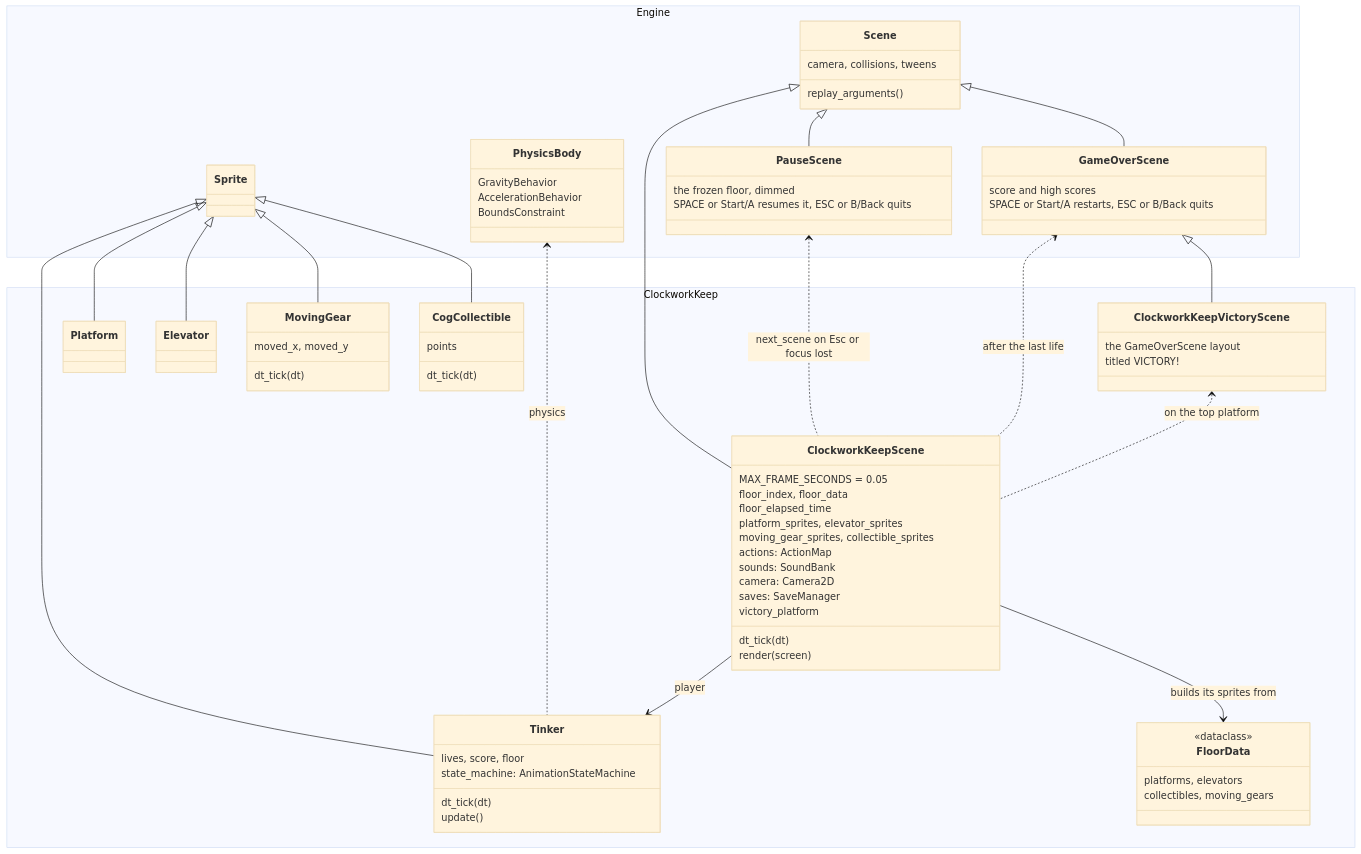
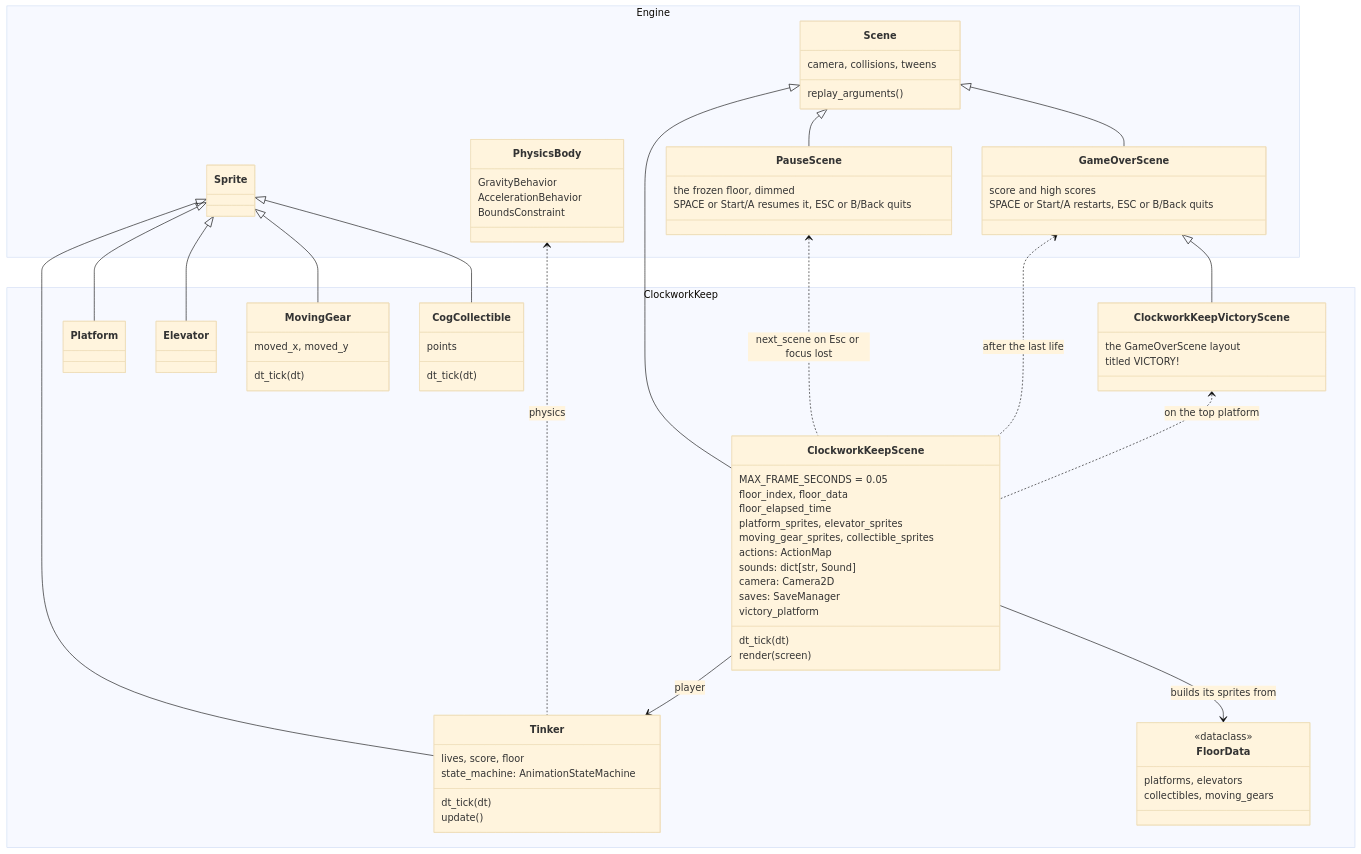
Before and after one commit to terrysimons/glitchygames: the second of 6 diagrams in docs/games/clockwork_keep.md, drawn with Mermaid (base theme). The commit also changed other lines of this file and 19 other files, not shown here.

First line of the commit message:
Clockwork Keep's one-shot sounds come from the sound library

````diff
--- a/docs/games/clockwork_keep.md
+++ b/docs/games/clockwork_keep.md
@@ -162,81 +162,81 @@
 ```mermaid
 classDiagram
     direction TB
     namespace Engine {
         class Scene {
             camera, collisions, tweens
             replay_arguments()
         }
         class PauseScene {
             the frozen floor, dimmed
             SPACE or Start/A resumes it, ESC or B/Back quits
         }
         class GameOverScene {
             score and high scores
             SPACE or Start/A restarts, ESC or B/Back quits
         }
         class Sprite
         class PhysicsBody {
             GravityBehavior
             AccelerationBehavior
             BoundsConstraint
         }
     }
     namespace ClockworkKeep {
         class ClockworkKeepScene {
             MAX_FRAME_SECONDS = 0.05
             floor_index, floor_data
             floor_elapsed_time
             platform_sprites, elevator_sprites
             moving_gear_sprites, collectible_sprites
             actions: ActionMap
-            sounds: SoundBank
+            sounds: dict[str, Sound]
             camera: Camera2D
             saves: SaveManager
             victory_platform
             dt_tick(dt)
             render(screen)
         }
         class ClockworkKeepVictoryScene {
             the GameOverScene layout
             titled VICTORY!
         }
         class Tinker {
             lives, score, floor
             state#95;machine: AnimationStateMachine
             dt_tick(dt)
             update()
         }
         class Platform
         class Elevator
         class MovingGear {
             moved_x, moved_y
             dt_tick(dt)
         }
         class CogCollectible {
             points
             dt_tick(dt)
         }
         class FloorData {
             <<dataclass>>
             platforms, elevators
             collectibles, moving_gears
         }
     }
 
     Scene <|-- PauseScene
     Scene <|-- GameOverScene
     Scene <|-- ClockworkKeepScene
     GameOverScene <|-- ClockworkKeepVictoryScene
     Sprite <|-- Tinker
     Sprite <|-- Platform
     Sprite <|-- Elevator
     Sprite <|-- MovingGear
     Sprite <|-- CogCollectible
     PauseScene <.. ClockworkKeepScene : next_scene on Esc or focus lost
     GameOverScene <.. ClockworkKeepScene : after the last life
     ClockworkKeepVictoryScene <.. ClockworkKeepScene : on the top platform
     PhysicsBody <.. Tinker : physics
     ClockworkKeepScene --> FloorData : builds its sprites from
     ClockworkKeepScene --> Tinker : player
 ```
````
